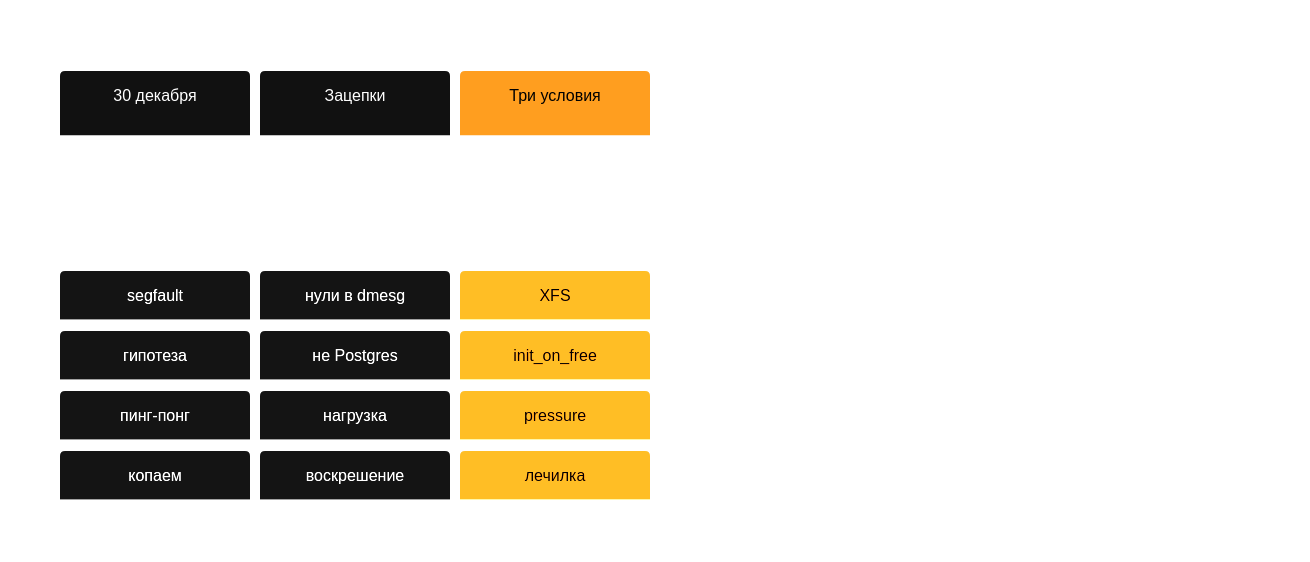
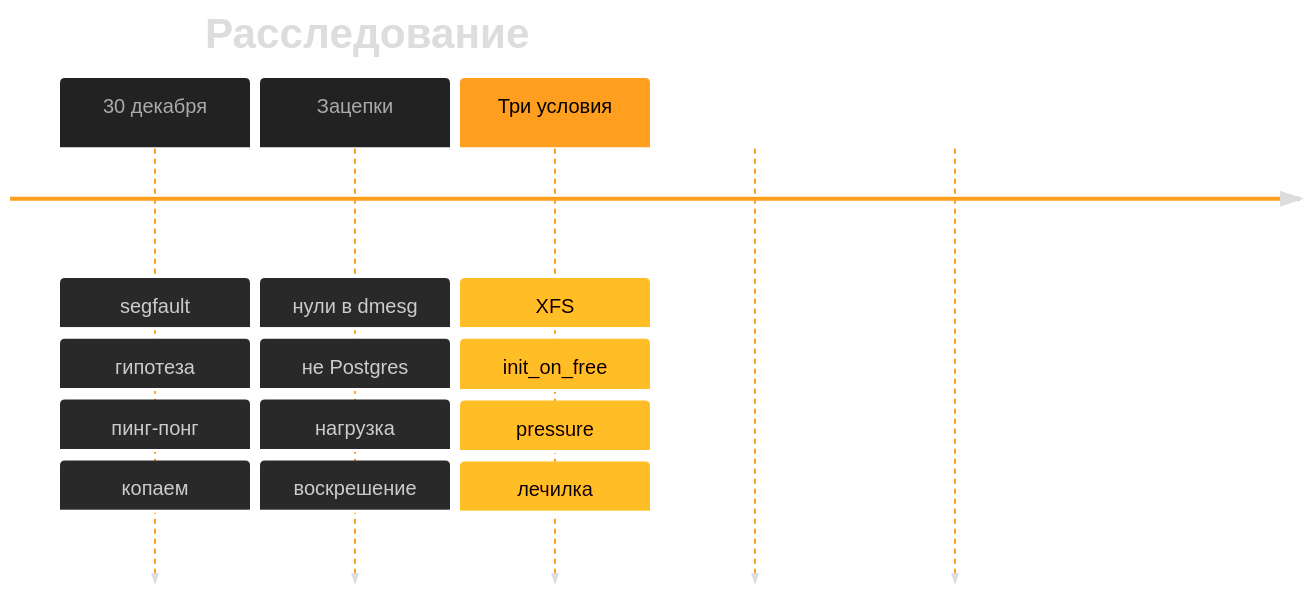
Before and after one commit to polarnik/postgresql-system-issue-story: the diagram in docs/diagrams/timeline-3.mmd, drawn with Mermaid. The commit also changed 35 other files, not shown here.

Commit message:
update diagrams

```diff
--- a/docs/diagrams/timeline-3.mmd
+++ b/docs/diagrams/timeline-3.mmd
@@ -1,85 +1,86 @@
 %%{init: { 'theme': 'base', 'themeVariables': {
     'darkMode': true,
     'background': '#000000',
-    'fontFamily': 'Roboto, sans-serif',
-    'fontSize': '16px',
+    'fontFamily': 'verdana',
+    'fontSize': '20px',
     'primaryColor': '#ff9e1f',
     'primaryTextColor': '#000',
     'primaryBorderColor': '#cc7e19',
     'secondaryColor': '#111111',
     'secondaryTextColor': '#fff',
     'secondaryBorderColor': '#333',
     'tertiaryColor': '#111111',
     'tertiaryTextColor': '#fff',
     'tertiaryBorderColor': '#333',
     'lineColor': '#ff9e1f',
-    'textColor': '#fff',
+    'textColor': '#ddd',
     'mainBkg': '#111111',
     'nodeBorder': '#ff9e1f',
-    'nodeTextColor': '#fff',
+    'nodeTextColor': '#ddd',
     'titleColor': '#ff9e1f',
-    'cScale0': '#111111',
-    'cScale1': '#111111',
+    'cScale0': '#222',
+    'cScale1': '#222',
     'cScale2': '#ff9e1f',
     'cScale3': 'transparent',
     'cScale4': 'transparent',
     'cScale5': 'transparent',
     'cScale6': 'transparent',
     'cScale7': 'transparent',
     'cScale8': 'transparent',
     'cScale9': 'transparent',
     'cScale10': 'transparent',
     'cScale11': 'transparent',
-    'cScaleLabel0': '#fff',
-    'cScaleLabel1': '#fff',
+    'cScaleLabel0': '#aaa',
+    'cScaleLabel1': '#aaa',
     'cScaleLabel2': '#000',
     'cScaleLabel3': 'transparent',
     'cScaleLabel4': 'transparent',
     'cScaleLabel5': 'transparent',
     'cScaleLabel6': 'transparent',
     'cScaleLabel7': 'transparent',
     'cScaleLabel8': 'transparent',
     'cScaleLabel9': 'transparent',
     'cScaleLabel10': 'transparent',
-    'cScaleLabel11': 'transparent',
+    'cScaleLabel11': '#ff9e1f',
+    'cScaleLabel12': 'transparent',
     'cScalePeer1': '#333',
     'cScalePeer2': '#333',
-    'cScalePeer3': '#cc7e19',
+    'cScalePeer3': '#ff9e1f',
     'cScalePeer4': 'transparent',
     'cScalePeer5': 'transparent',
     'cScalePeer6': 'transparent',
     'cScalePeer7': 'transparent',
     'cScalePeer8': 'transparent',
     'cScalePeer9': 'transparent',
     'cScalePeer10': 'transparent',
     'cScalePeer11': 'transparent',
     'cScalePeer12': 'transparent'
 }}}%%
 
 timeline
     title Расследование
     30 декабря
         : segfault
         : гипотеза
         : пинг-понг
         : копаем
     Зацепки
         : нули в dmesg
         : не Postgres
         : нагрузка
         : воскрешение
     Три условия
         : XFS
         : init_on_free
         : pressure
         : лечилка
     Доказательство
         : 30 секунд
         : два теста
         : git bisect
         : коммит
     Root cause
         : race condition
         : фикс 6.9
         : XZ Utils
         : бэкпорта нет
```
